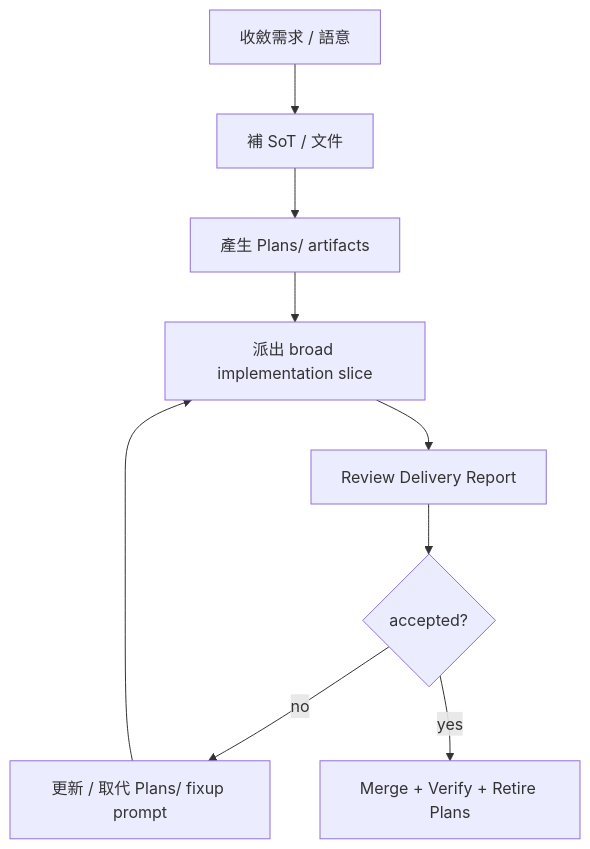
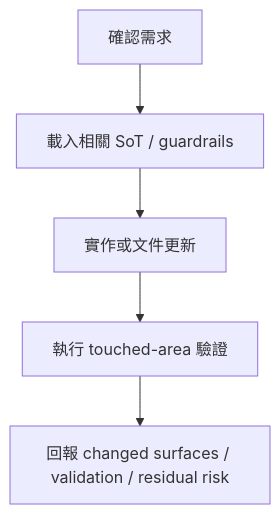
Before and after one commit to arfiligol/superconducting-circuits-research-workbench: the diagram in docs/how-to/contributing/codex-agent-workflow.md, drawn with Mermaid. The commit also changed other lines of this file and 69 other files, not shown here.

````diff
--- a/docs/how-to/contributing/codex-agent-workflow.md
+++ b/docs/how-to/contributing/codex-agent-workflow.md
@@ -43,11 +43,7 @@
 ```mermaid
 flowchart TD
-    A["收斂需求 / 語意"] --> B["補 SoT / 文件"]
-    B --> C["產生 Plans/ artifacts"]
-    C --> D["派出 broad implementation slice"]
-    D --> E["Review Delivery Report"]
-    E --> F{"accepted?"}
-    F -- "no" --> G["更新 / 取代 Plans/ fixup prompt"]
-    G --> D
-    F -- "yes" --> H["Merge + Verify + Retire Plans"]
+    A["確認需求"] --> B["載入相關 SoT / guardrails"]
+    B --> C["實作或文件更新"]
+    C --> D["執行 touched-area 驗證"]
+    D --> E["回報 changed surfaces / validation / residual risk"]
 ```
````
